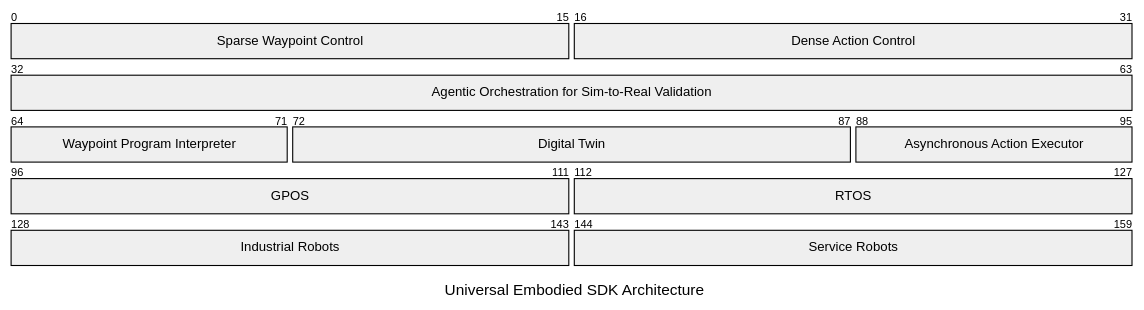
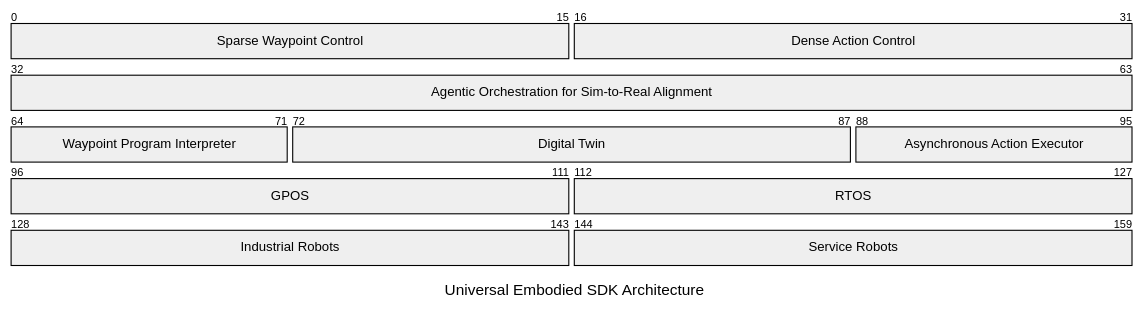
One commit to MarkovChenITRI/.github changed the second of 2 diagrams in profile/README.md. Above: the diagram before and after it, drawn with Mermaid (neutral theme).

````diff
--- a/profile/README.md
+++ b/profile/README.md
@@ -67,16 +67,16 @@
 ```mermaid
 ---
 title: Universal Embodied SDK Architecture
 ---
 packet
 0-15: "Sparse Waypoint Control"
 16-31: "Dense Action Control"
-32-63: "Agentic Orchestration for Sim-to-Real Validation"
+32-63: "Agentic Orchestration for Sim-to-Real Alignment"
 64-71: "Waypoint Program Interpreter"
 72-87: "Digital Twin"
 88-95: "Asynchronous Action Executor"
 96-111: "GPOS"
 112-127: "RTOS"
 128-143: "Industrial Robots"
 144-159: "Service Robots"
 ```
````
